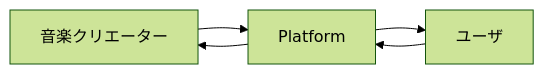
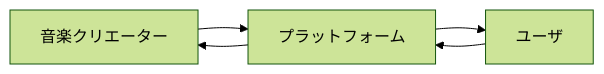
One commit to ShigeichiroYamasaki/creator-first-platform changed the second of 17 diagrams in docs/whitepaper/01-vision.md. Above: the diagram before and after it, drawn with Mermaid (forest theme). The commit also changed other lines of this file and 72 other files, not shown here.

````diff
--- a/docs/whitepaper/01-vision.md
+++ b/docs/whitepaper/01-vision.md
@@ -38,11 +38,11 @@
 ```mermaid
 flowchart LR
     CREATOR[音楽クリエーター]
-    PLATFORM[Platform]
+    PLATFORM[プラットフォーム]
     USER[ユーザ]
 
     CREATOR --> PLATFORM
     USER --> PLATFORM
     PLATFORM --> CREATOR
     PLATFORM --> USER
 ```
````
